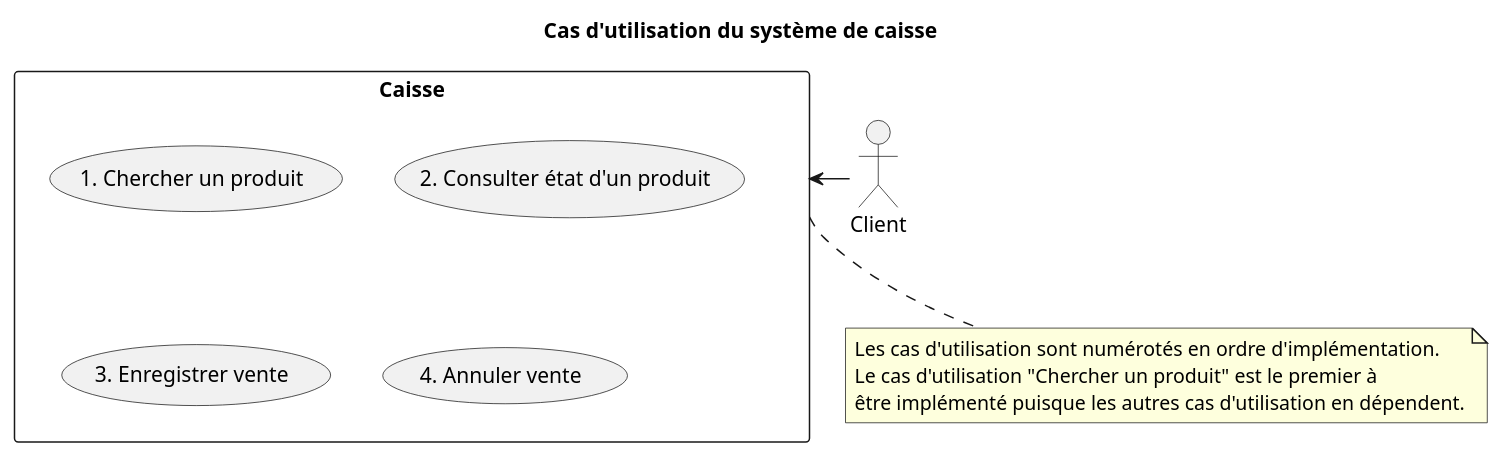
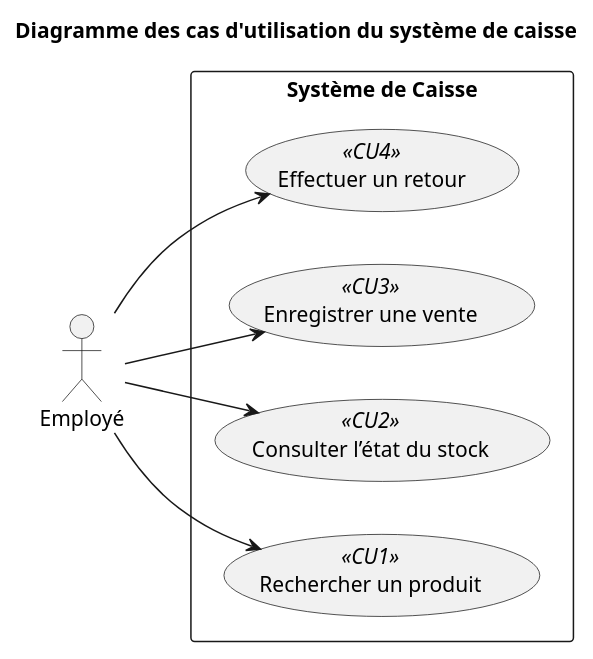
Before and after one commit to Scirelgar/LOG430-Lab1: the diagram in docs/diagrams/use_cases.puml, drawn with PlantUML. The commit also changed 4 other files, not shown here.

Commit message:
initial diagrams

```diff
--- a/docs/diagrams/use_cases.puml
+++ b/docs/diagrams/use_cases.puml
@@ -1,22 +1,19 @@
-@startuml
+@startuml Use Cases
 
-title Cas d'utilisation du système de caisse
+title Diagramme des cas d'utilisation du système de caisse
+left to right direction
+skinparam backgroundColor transparent
+actor Employe as "Employé"
 
-actor "Client" as client
-
-rectangle "Caisse" as caisse {
-usecase "1. Chercher un produit" as search
-usecase "2. Consulter état d'un produit" as check_stock
-usecase "3. Enregistrer vente" as register_sale
-usecase "4. Annuler vente" as cancel_sale
+rectangle "Système de Caisse" {
+    usecase "Effectuer un retour" as CU4 <<CU4>>
+    usecase "Enregistrer une vente" as CU3 <<CU3>>
+    usecase "Consulter l’état du stock" as CU2 <<CU2>>
+    usecase "Rechercher un produit" as CU1 <<CU1>>
 }
 
-client -left-> caisse
-
-note bottom of caisse
-    Les cas d'utilisation sont numérotés en ordre d'implémentation.
-    Le cas d'utilisation "Chercher un produit" est le premier à 
-    être implémenté puisque les autres cas d'utilisation en dépendent.
-end note
-        
+Employe --> CU1
+Employe --> CU2
+Employe --> CU3
+Employe --> CU4
 @enduml
```
